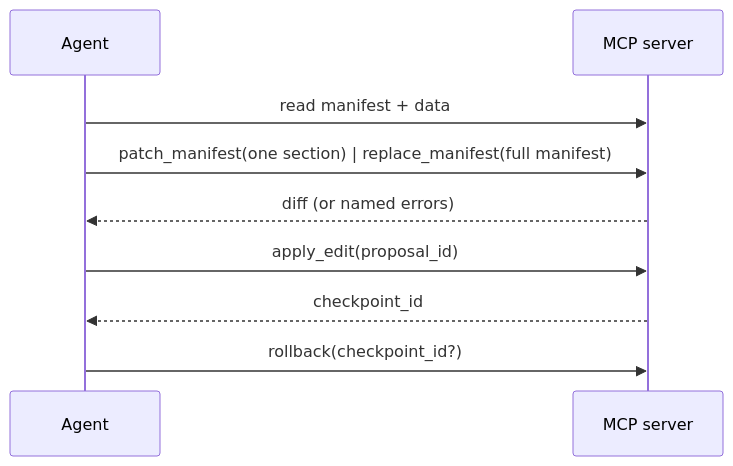
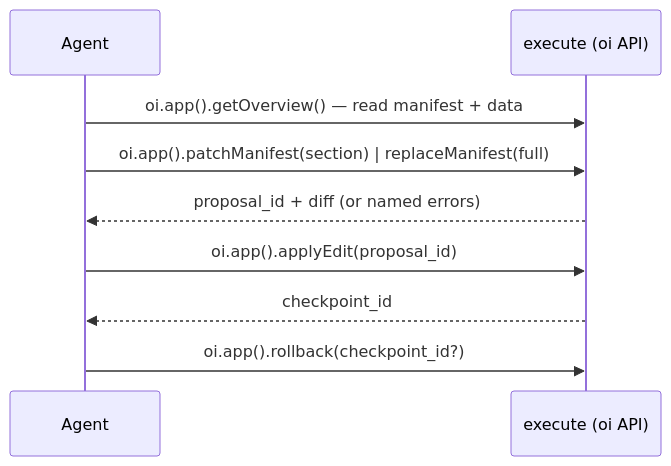
The diagram in apps/docs/content/docs/mcp.mdx (lukaisailovic/openislands), drawn with Mermaid before and after one commit. The commit also changed other lines of this file and 45 other files, not shown here.

First line of the commit message:
feat(mcp)!: replace the tool surface with Code Mode (one `execute` tool) (#25)

````diff
--- a/apps/docs/content/docs/mcp.mdx
+++ b/apps/docs/content/docs/mcp.mdx
@@ -17,11 +18,11 @@
 ```mermaid
 sequenceDiagram
   participant A as Agent
-  participant S as MCP server
-  A->>S: read manifest + data
-  A->>S: patch_manifest(one section) | replace_manifest(full manifest)
-  S-->>A: diff (or named errors)
-  A->>S: apply_edit(proposal_id)
+  participant S as execute (oi API)
+  A->>S: oi.app().getOverview() — read manifest + data
+  A->>S: oi.app().patchManifest(section) | replaceManifest(full)
+  S-->>A: proposal_id + diff (or named errors)
+  A->>S: oi.app().applyEdit(proposal_id)
   S-->>A: checkpoint_id
-  A->>S: rollback(checkpoint_id?)
+  A->>S: oi.app().rollback(checkpoint_id?)
 ```
````
